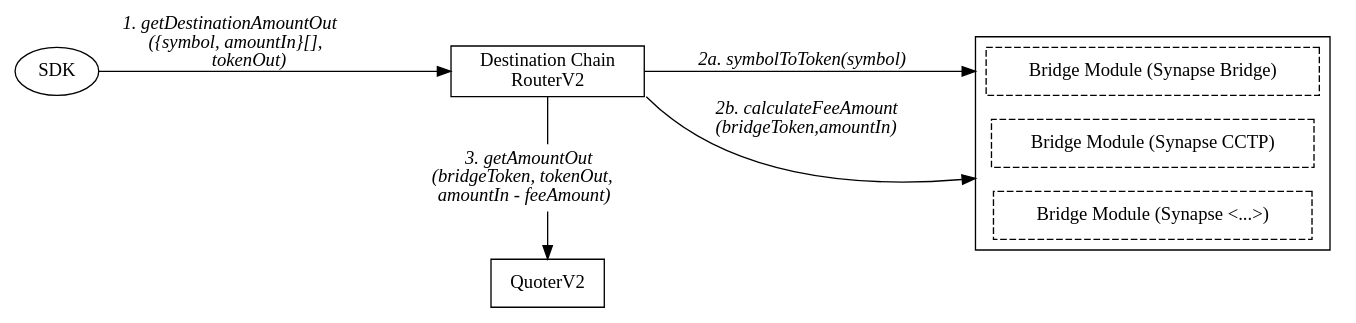
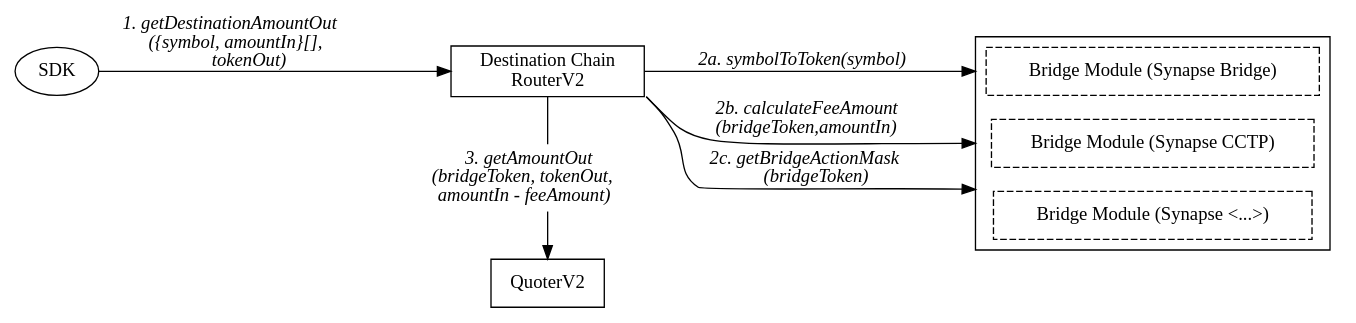
One commit to synapsecns/synapse-contracts changed the diagram in contracts/router/docs/quote3_calls.dot. Above: the diagram before and after it, drawn with Graphviz. The commit also changed 8 other files, not shown here.

```diff
--- a/contracts/router/docs/quote3_calls.dot
+++ b/contracts/router/docs/quote3_calls.dot
@@ -1,27 +1,28 @@
 digraph {
     compound = true;
     
     sdk [label = "SDK";];
     router [label = "Destination Chain\nRouterV2";shape = rect;];
     getAmountOut [label = <<I>3. getAmountOut<br></br>(bridgeToken, tokenOut,<br></br>amountIn - feeAmount)</I>>;shape = none;];
     quoter [label = "QuoterV2";shape = rect;];
     
     rankdir = "LR";
     sdk -> router [label = <<I>1. getDestinationAmountOut<br></br>({symbol, amountIn}[],<br></br>tokenOut)</I>>;];
     
     subgraph cluster1 {
         node [shape = rect; style = dashed;];
         module1 [label = "Bridge Module (Synapse Bridge)";];
         module2 [label = "Bridge Module (Synapse CCTP)";];
         module3 [label = "Bridge Module (Synapse <...>)";];
     }
     
     subgraph {
         rank = same;
         router -> getAmountOut [dir = none;];
         getAmountOut -> quoter;
     }
     
     router -> module1 [label = <<I>2a. symbolToToken(symbol)</I>>; lhead = cluster1; weight = 10;];
-    router:se -> module2 [label = <<I>2b. calculateFeeAmount<br></br>(bridgeToken,amountIn)</I>>; lhead = cluster1;];
+    router:se -> module2:w [label = <<I>2b. calculateFeeAmount<br></br>(bridgeToken,amountIn)</I>>; lhead = cluster1;];
+    router:se -> module3:nw [label = <<I>2c. getBridgeActionMask<br></br>(bridgeToken)</I>>; lhead = cluster1;];
 }
```
